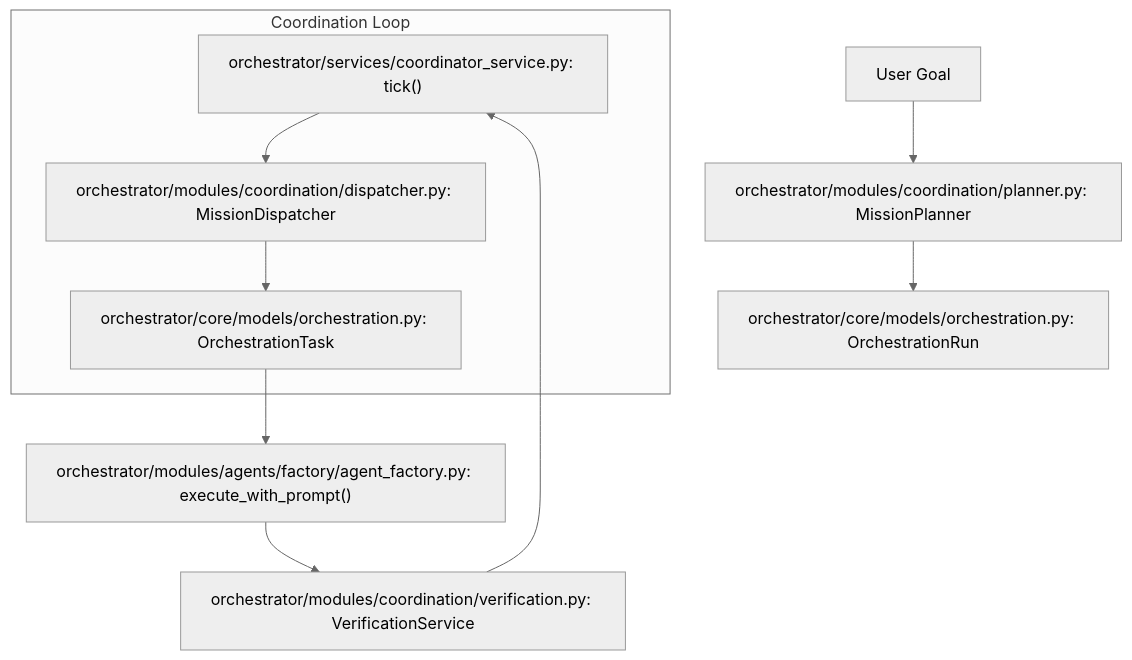
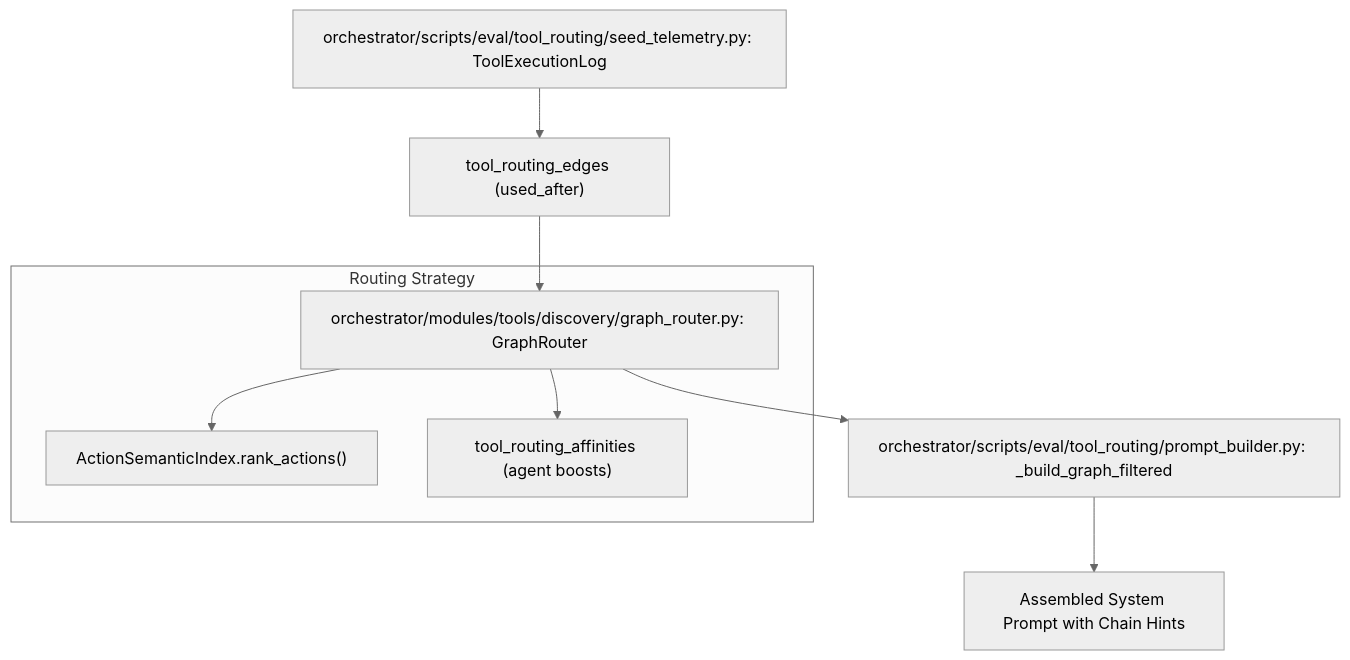
One commit to AutomatosAI/automatos-ai changed the second of 2 diagrams in docs/glossary/_index.md. Above: the diagram before and after it, drawn with Mermaid (neutral theme). The commit also changed other lines of this file and 153 other files, not shown here.

````diff
--- a/docs/glossary/_index.md
+++ b/docs/glossary/_index.md
@@ -191,14 +151,13 @@
 ```mermaid
 graph TD
-    Goal["User Goal"] --> Planner["orchestrator/modules/coordination/planner.py: MissionPlanner"]
-    Planner --> Run["orchestrator/core/models/orchestration.py: OrchestrationRun"]
+    Logs["orchestrator/scripts/eval/tool_routing/seed_telemetry.py: ToolExecutionLog"] --> Edges["tool_routing_edges (used_after)"]
+    Edges --> GraphRouter["orchestrator/modules/tools/discovery/graph_router.py: GraphRouter"]
     
-    subgraph "Coordination Loop"
-        Tick["orchestrator/services/coordinator_service.py: tick()"] --> Dispatcher["orchestrator/modules/coordination/dispatcher.py: MissionDispatcher"]
-        Dispatcher --> Task["orchestrator/core/models/orchestration.py: OrchestrationTask"]
+    subgraph "Routing Strategy"
+        GraphRouter --> Index["ActionSemanticIndex.rank_actions()"]
+        GraphRouter --> Affinity["tool_routing_affinities (agent boosts)"]
     end
     
-    Task --> Exec["orchestrator/modules/agents/factory/agent_factory.py: execute_with_prompt()"]
-    Exec --> Verifier["orchestrator/modules/coordination/verification.py: VerificationService"]
-    Verifier --> Tick
+    GraphRouter --> Prompt["orchestrator/scripts/eval/tool_routing/prompt_builder.py: _build_graph_filtered"]
+    Prompt --> Context["Assembled System Prompt with Chain Hints"]
 ```
````
